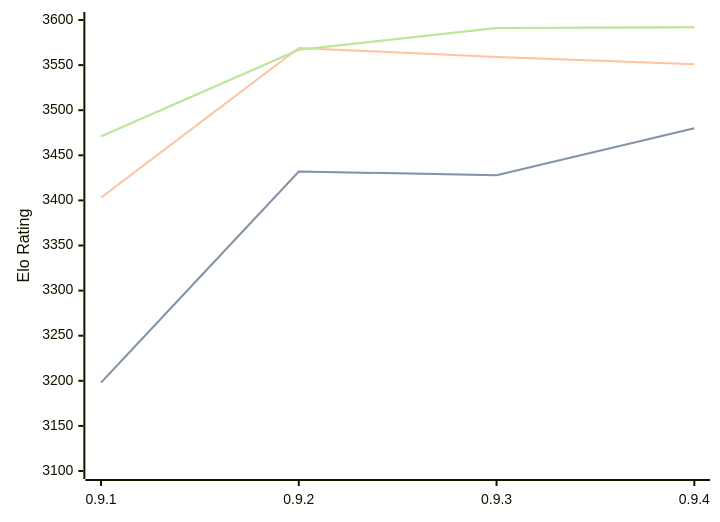
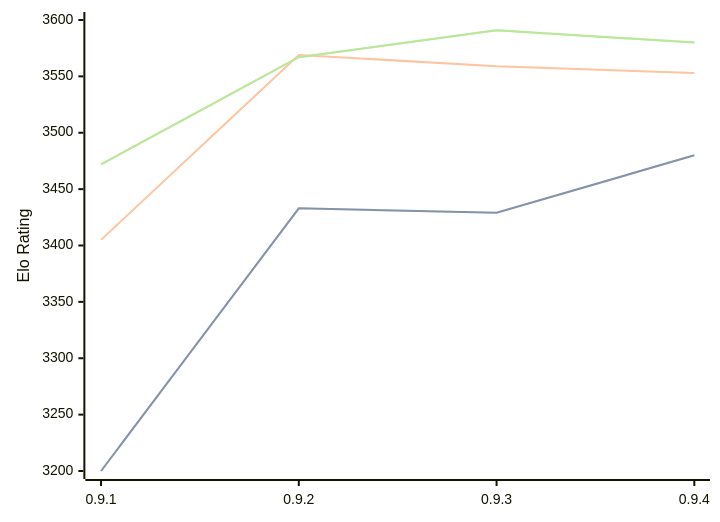
One commit to computer-chess-index/cci changed the diagram in engines/Coda.md. Above: the diagram before and after it, drawn with Mermaid. The commit also changed other lines of this file, not shown here.

Commit message:
Update CCI Ratings (ELO VLTC) - 2026-08-27

````diff
--- a/engines/Coda.md
+++ b/engines/Coda.md
@@ -34,11 +34,11 @@
 ```mermaid
 %%{init: {"theme":"base","themeVariables":{"seriesColors:['#a3a3a3','#222221','#faa371']}}}%%
 xychart-beta
   x-axis ["0.9.1", "0.9.2", "0.9.3", "0.9.4"]
-  y-axis "Elo Rating" 3100 --> 3600
-  line "STC (8.0+0.08s)" [3198, 3432, 3428, 3480]
-  line "STC (8.0+0.08s)" [3198, 3432, 3428, 3480]
-  line "LTC (60.0+0.60s)" [3403, 3569, 3559, 3551]
-  line "VLTC (2m24s+1.12s)" [3471, 3567, 3591, 3592]
-  line "VLTC (2m24s+1.12s)" [3471, 3567, 3591, 3592]
+  y-axis "Elo Rating" 3200 --> 3600
+  line "STC (8.0+0.08s)" [3200, 3433, 3429, 3480]
+  line "STC (8.0+0.08s)" [3200, 3433, 3429, 3480]
+  line "LTC (60.0+0.60s)" [3405, 3569, 3559, 3553]
+  line "VLTC (2m24s+1.12s)" [3472, 3567, 3591, 3580]
+  line "VLTC (2m24s+1.12s)" [3472, 3567, 3591, 3580]
 ```
````
